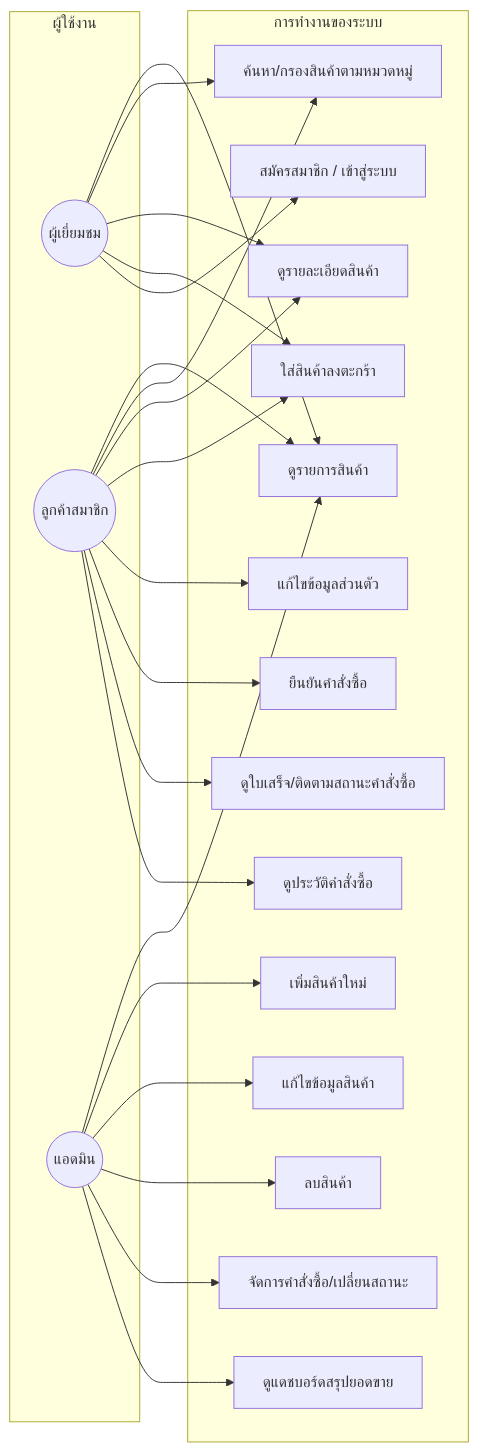
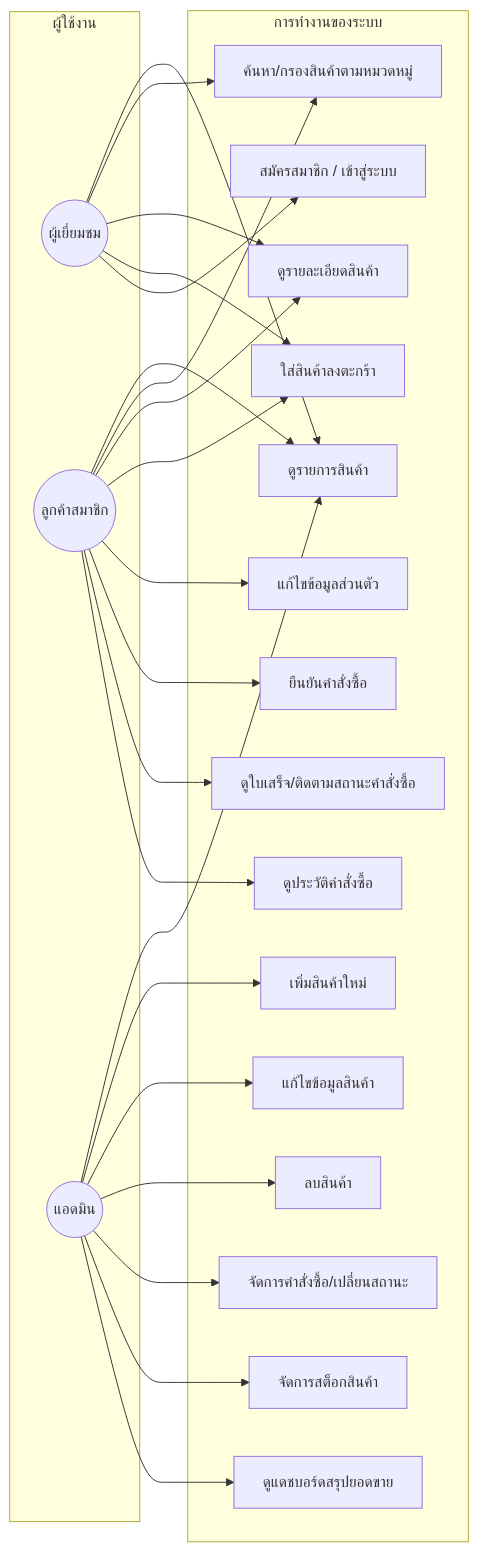
Before and after one commit to Kachanop/BM_com_v2: the first of 12 diagrams in docs/use-case-and-sequence.md, drawn with Mermaid. The commit also changed other lines of this file and 4 other files, not shown here.

````diff
--- a/docs/use-case-and-sequence.md
+++ b/docs/use-case-and-sequence.md
@@ -9,48 +9,50 @@
 ```mermaid
 flowchart LR
 
     subgraph USERS["ผู้ใช้งาน"]
         guest((ผู้เยี่ยมชม))
         customer((ลูกค้าสมาชิก))
         admin((แอดมิน))
     end
 
     subgraph SYSTEM["การทำงานของระบบ"]
         uc1["ดูรายการสินค้า"]
         uc10["ค้นหา/กรองสินค้าตามหมวดหมู่"]
         uc11["ดูรายละเอียดสินค้า"]
         uc2["ใส่สินค้าลงตะกร้า"]
         uc3["สมัครสมาชิก / เข้าสู่ระบบ"]
         uc4["แก้ไขข้อมูลส่วนตัว"]
         uc12["ยืนยันคำสั่งซื้อ"]
         uc13["ดูใบเสร็จ/ติดตามสถานะคำสั่งซื้อ"]
         uc5["ดูประวัติคำสั่งซื้อ"]
         uc6["เพิ่มสินค้าใหม่"]
         uc7["แก้ไขข้อมูลสินค้า"]
         uc8["ลบสินค้า"]
         uc14["จัดการคำสั่งซื้อ/เปลี่ยนสถานะ"]
+        uc15["จัดการสต็อกสินค้า"]
         uc9["ดูแดชบอร์ดสรุปยอดขาย"]
     end
 
     guest --> uc1
     guest --> uc10
     guest --> uc11
     guest --> uc2
     guest --> uc3
 
     customer --> uc1
     customer --> uc10
     customer --> uc11
     customer --> uc2
     customer --> uc4
     customer --> uc12
     customer --> uc13
     customer --> uc5
 
     admin --> uc1
     admin --> uc6
     admin --> uc7
     admin --> uc8
     admin --> uc14
+    admin --> uc15
     admin --> uc9
 ```
````
